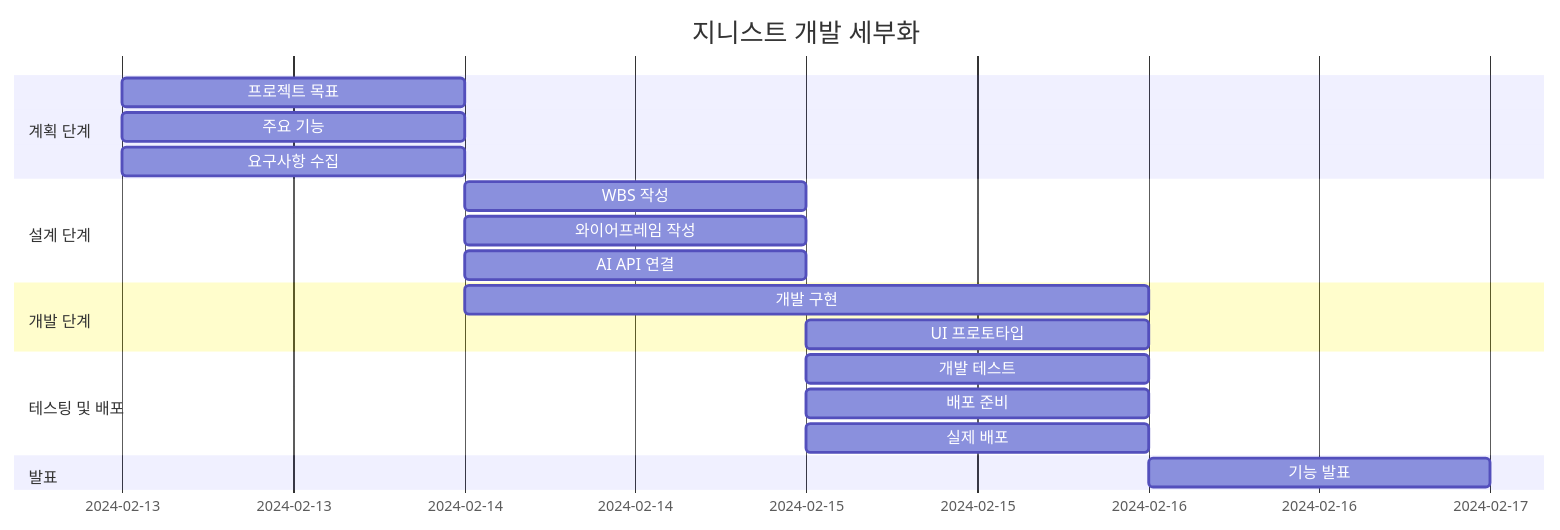
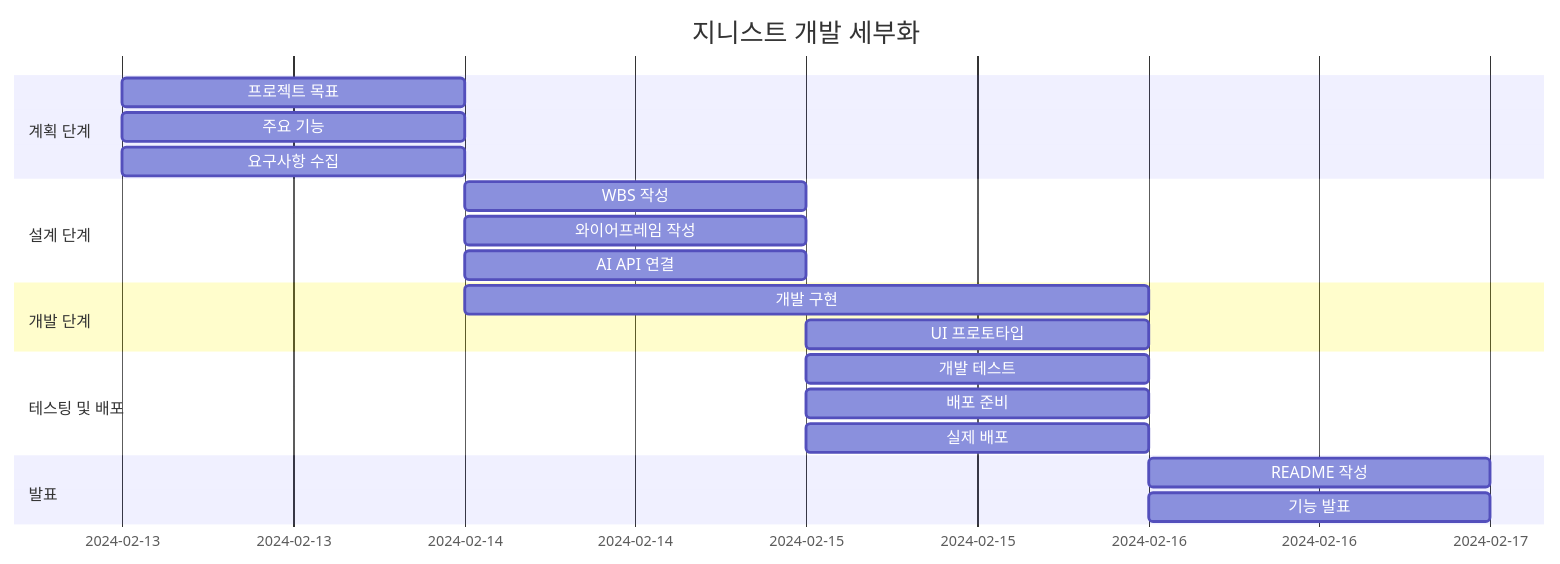
One commit to soohyun020812/Portfolio_Genist changed the diagram in README.md. Above: the diagram before and after it, drawn with Mermaid.

````diff
--- a/README.md
+++ b/README.md
@@ -43,27 +43,28 @@
 ```mermaid
 gantt
     title 지니스트 개발 세부화
     dateFormat    YYYY-MM-DD
 
     section 계획 단계
     프로젝트 목표 : 2024-02-13, 1d
     주요 기능 : 2024-02-13, 1d
     요구사항 수집 : 2024-02-13, 1d
     
     section 설계 단계
     WBS 작성 : 2024-02-14, 1d
     와이어프레임 작성 : 2024-02-14, 1d
     AI API 연결 : 2024-02-14, 1d
 
     section 개발 단계
     개발 구현 : 2024-02-14, 2d
     UI 프로토타입 : 2024-02-15, 1d
     
     section 테스팅 및 배포
     개발 테스트 : 2024-02-15, 1d
     배포 준비 : 2024-02-15, 1d
     실제 배포 : 2024-02-15, 1d
 
     section 발표
+    README 작성 : 2024-02-16, 1d
     기능 발표 : 2024-02-16, 1d
 ```
````
